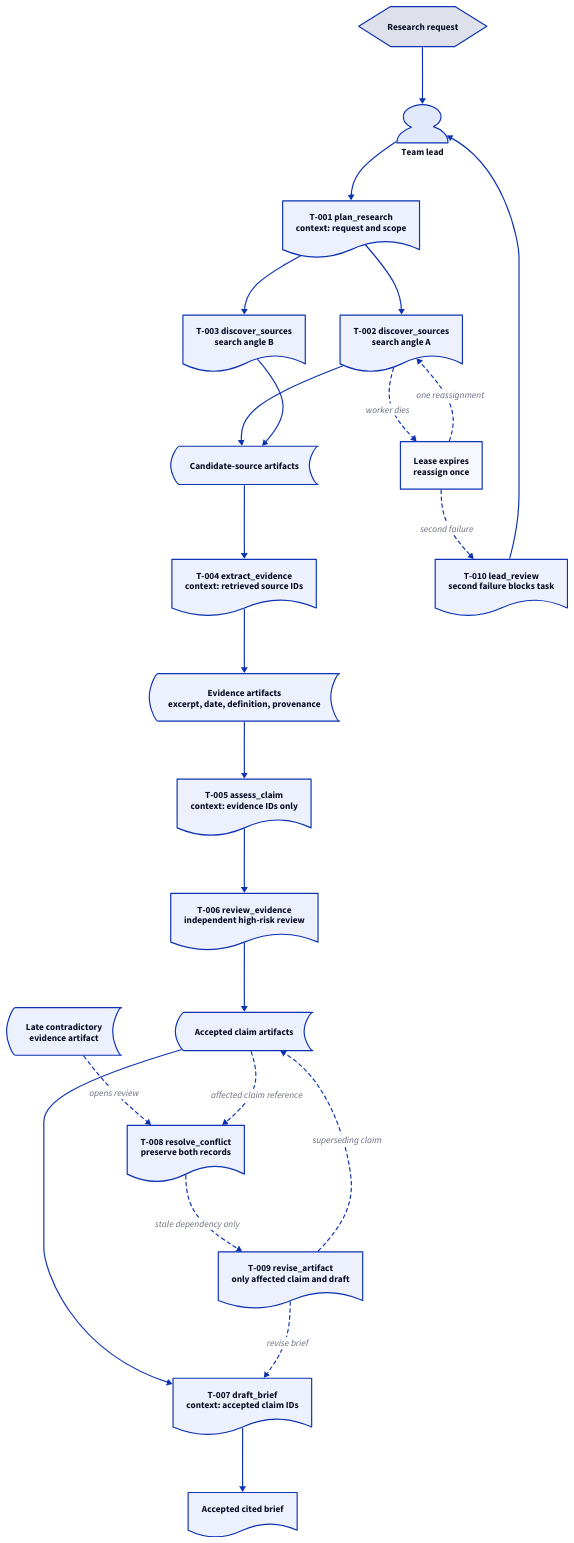
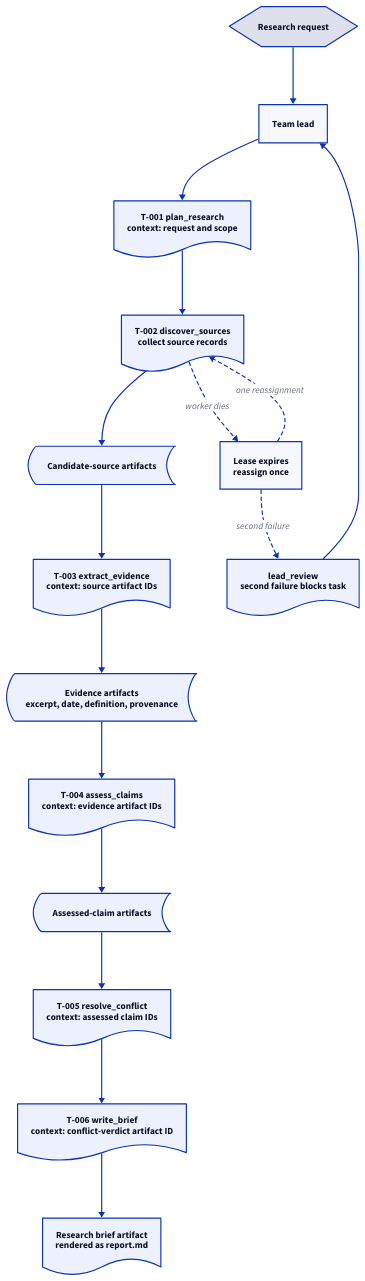
One commit to Advaya24/MultiAgentOrchestration changed the diagram in artifacts/research_brief_execution_trace.d2. Above: the diagram before and after it, drawn with D2. The commit also changed 7 other files, not shown here.

Commit message:
Refresh architecture diagrams

```diff
--- a/artifacts/research_brief_execution_trace.d2
+++ b/artifacts/research_brief_execution_trace.d2
@@ -1,116 +1,88 @@
 direction: down
 
 request: {
   label: "Research request"
   shape: hexagon
 }
 
 lead: {
   label: "Team lead"
-  shape: person
+  shape: rectangle
 }
 
 plan_task: {
   label: "T-001 plan_research\ncontext: request and scope"
   shape: document
 }
 
-discover_a: {
-  label: "T-002 discover_sources\nsearch angle A"
-  shape: document
-}
-
-discover_b: {
-  label: "T-003 discover_sources\nsearch angle B"
+discover: {
+  label: "T-002 discover_sources\ncollect source records"
   shape: document
 }
 
 extract: {
-  label: "T-004 extract_evidence\ncontext: retrieved source IDs"
+  label: "T-003 extract_evidence\ncontext: source artifact IDs"
   shape: document
 }
 
 assess: {
-  label: "T-005 assess_claim\ncontext: evidence IDs only"
+  label: "T-004 assess_claims\ncontext: evidence artifact IDs"
   shape: document
 }
 
-review: {
-  label: "T-006 review_evidence\nindependent high-risk review"
+conflict: {
+  label: "T-005 resolve_conflict\ncontext: assessed claim IDs"
   shape: document
 }
 
-draft: {
-  label: "T-007 draft_brief\ncontext: accepted claim IDs"
+write_brief: {
+  label: "T-006 write_brief\ncontext: conflict-verdict artifact ID"
   shape: document
 }
 
 brief: {
-  label: "Accepted cited brief"
+  label: "Research brief artifact\nrendered as report.md"
   shape: document
 }
 
 candidate_sources: {
   label: "Candidate-source artifacts"
   shape: stored_data
 }
 
 evidence: {
   label: "Evidence artifacts\nexcerpt, date, definition, provenance"
   shape: stored_data
 }
 
 claims: {
-  label: "Accepted claim artifacts"
+  label: "Assessed-claim artifacts"
   shape: stored_data
-}
-
-late_evidence: {
-  label: "Late contradictory\nevidence artifact"
-  shape: stored_data
-}
-
-conflict: {
-  label: "T-008 resolve_conflict\npreserve both records"
-  shape: document
-}
-
-revision: {
-  label: "T-009 revise_artifact\nonly affected claim and draft"
-  shape: document
 }
 
 failure: {
   label: "Lease expires\nreassign once"
   shape: rectangle
 }
 
 blocked: {
-  label: "T-010 lead_review\nsecond failure blocks task"
+  label: "lead_review\nsecond failure blocks task"
   shape: document
 }
 
 request -> lead
 lead -> plan_task
-plan_task -> discover_a
-plan_task -> discover_b
-discover_a -> candidate_sources
-discover_b -> candidate_sources
+plan_task -> discover
+discover -> candidate_sources
 candidate_sources -> extract
 extract -> evidence
 evidence -> assess
-assess -> review
-review -> claims
-claims -> draft
-draft -> brief
+assess -> claims
+claims -> conflict
+conflict -> write_brief
+write_brief -> brief
 
-discover_a -> failure: worker dies {style.stroke-dash: 3}
-failure -> discover_a: one reassignment {style.stroke-dash: 3}
+discover -> failure: worker dies {style.stroke-dash: 3}
+failure -> discover: one reassignment {style.stroke-dash: 3}
 failure -> blocked: second failure {style.stroke-dash: 3}
 blocked -> lead
-
-late_evidence -> conflict: opens review {style.stroke-dash: 3}
-claims -> conflict: affected claim reference {style.stroke-dash: 3}
-conflict -> revision: stale dependency only {style.stroke-dash: 3}
-revision -> claims: superseding claim {style.stroke-dash: 3}
-revision -> draft: revise brief {style.stroke-dash: 3}
```
